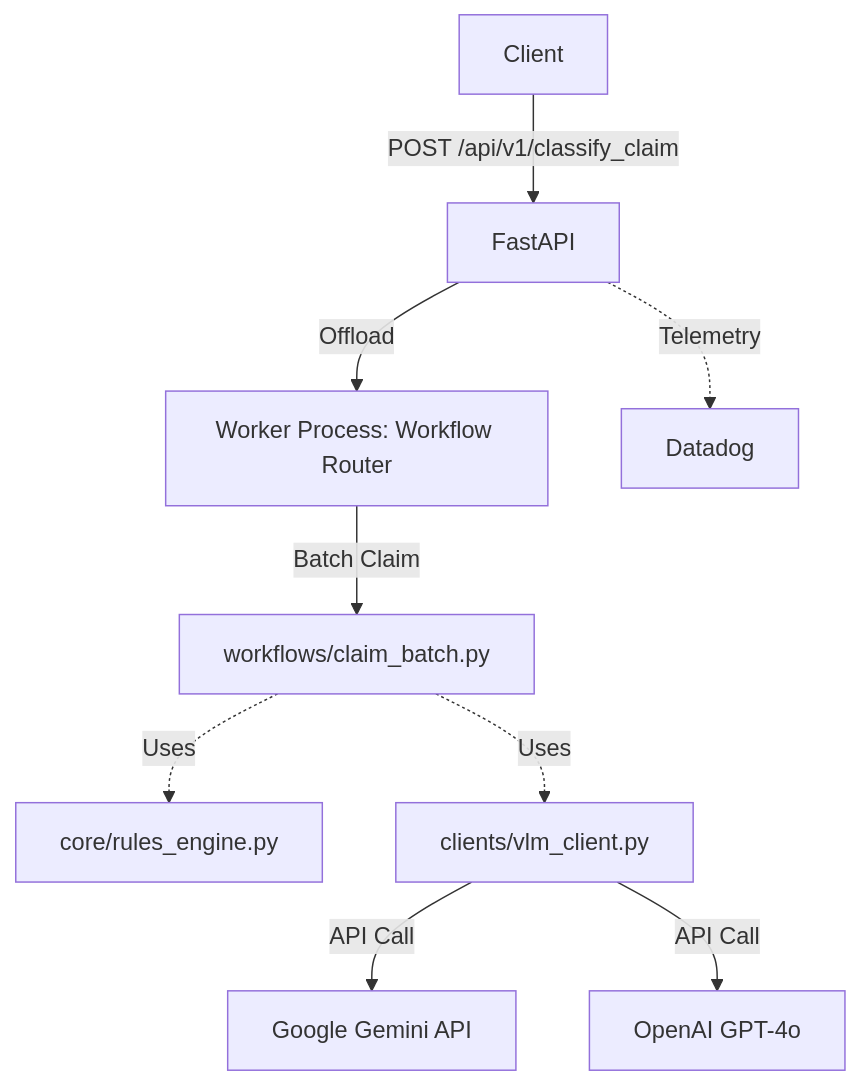
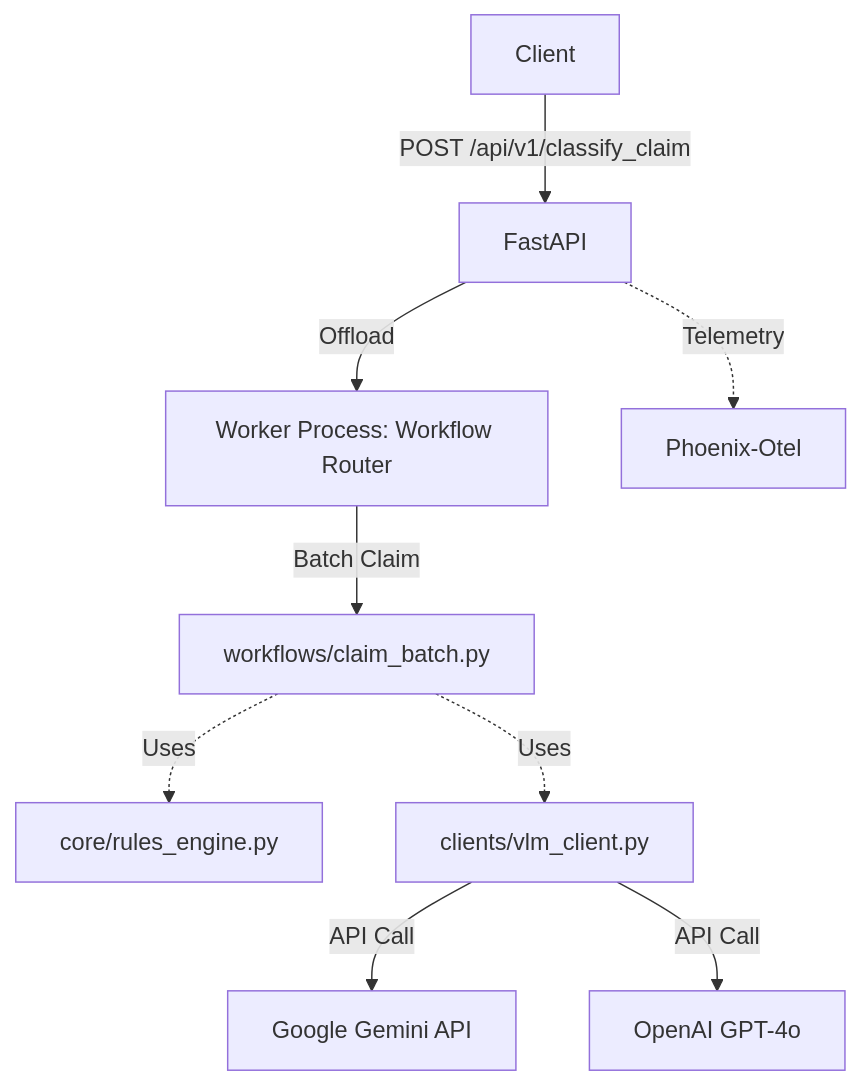
The diagram in README.md (Omninoob-999/DBIproj), drawn with Mermaid before and after one commit.

Commit message:
Updated Telemetry Provider

````diff
--- a/README.md
+++ b/README.md
@@ -18,14 +18,14 @@
 ```mermaid
 graph TD
     Client -->|POST /api/v1/classify_claim| API[FastAPI]
     API -->|Offload| Worker[Worker Process: Workflow Router]
     Worker -->|Batch Claim| ClaimBatch[workflows/claim_batch.py]
     
     ClaimBatch -.->|Uses| RulesEngine[core/rules_engine.py]
     ClaimBatch -.->|Uses| VLMClient[clients/vlm_client.py]
     
     VLMClient -->|API Call| GoogleGemini[Google Gemini API]
     VLMClient -->|API Call| OpenAI[OpenAI GPT-4o]
     
-    API -.->|Telemetry| Datadog
+    API -.->|Telemetry| Phoenix-Otel
 ```
````
